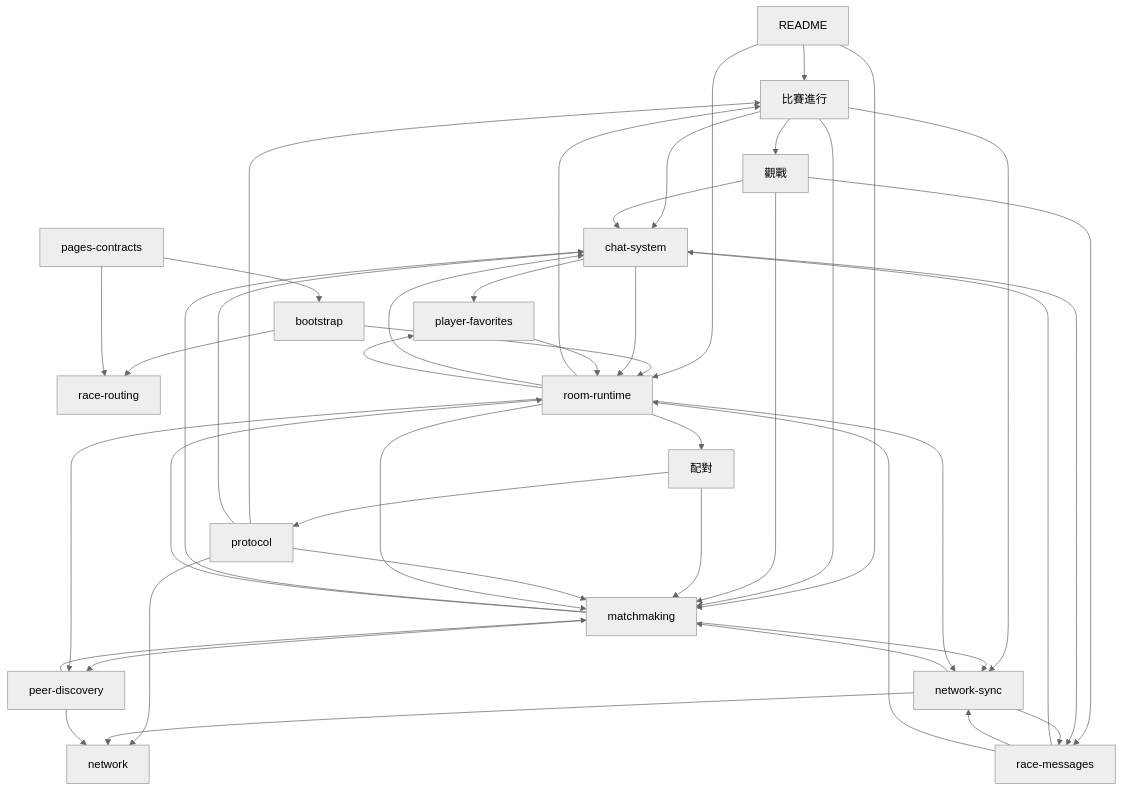
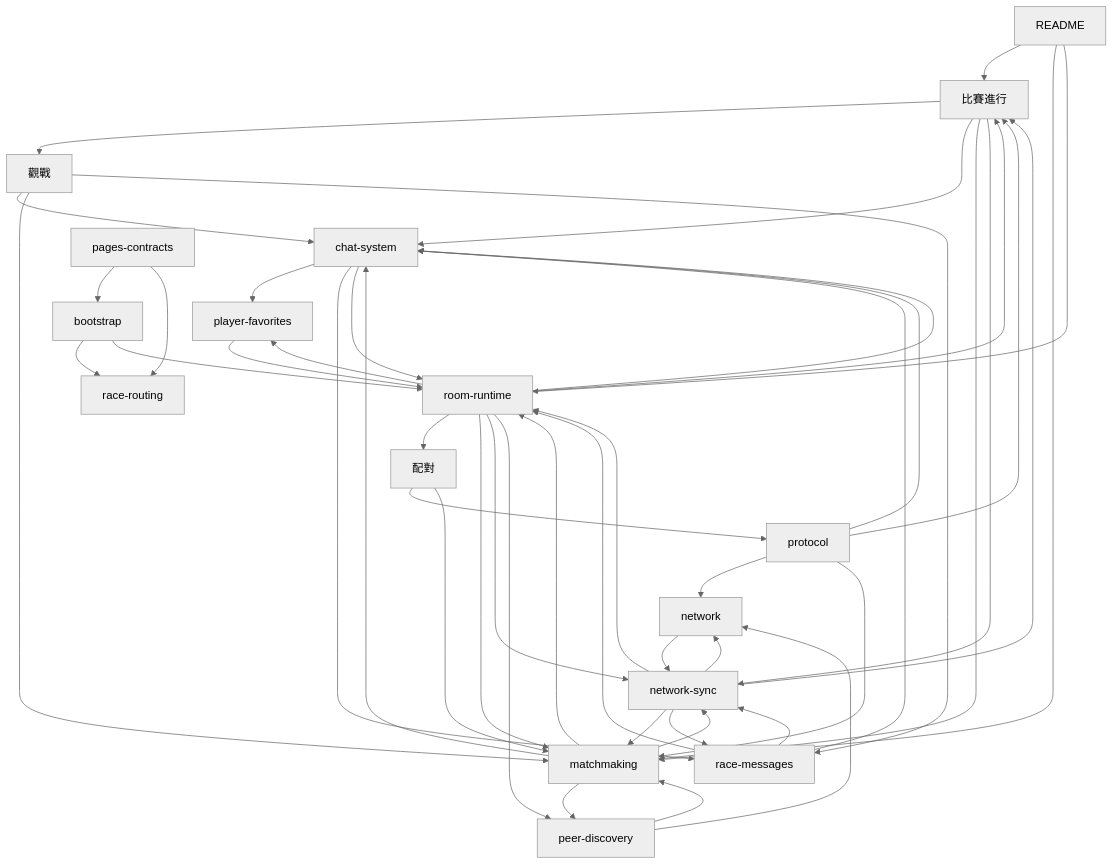
The eighth of 17 diagrams in docs-map.md (xjustloveux/open-4wd-specs), drawn with Mermaid (neutral theme) before and after one commit. The commit also changed other lines of this file and 185 other files, not shown here.

````diff
--- a/docs-map.md
+++ b/docs-map.md
@@ -387,62 +409,65 @@
 ```mermaid
 flowchart TB
   n0["README"]
   n1["比賽進行"]
   n2["觀戰"]
   n3["配對"]
   n4["network"]
   n5["protocol"]
   n6["bootstrap"]
   n7["chat-system"]
   n8["matchmaking"]
   n9["network-sync"]
   n10["pages-contracts"]
   n11["peer-discovery"]
   n12["player-favorites"]
   n13["race-messages"]
   n14["race-routing"]
   n15["room-runtime"]
   n0 --> n1
   n0 --> n8
   n0 --> n15
   n1 --> n2
   n1 --> n7
   n1 --> n8
   n1 --> n9
   n2 --> n7
   n2 --> n8
   n2 --> n13
   n3 --> n5
   n3 --> n8
+  n4 --> n9
   n5 --> n1
   n5 --> n4
   n5 --> n7
   n5 --> n8
   n6 --> n14
   n6 --> n15
   n7 --> n12
   n7 --> n13
   n7 --> n15
   n8 --> n7
   n8 --> n9
   n8 --> n11
   n8 --> n15
+  n9 --> n1
   n9 --> n4
   n9 --> n8
   n9 --> n13
+  n9 --> n15
   n10 --> n6
   n10 --> n14
   n11 --> n4
   n11 --> n8
   n12 --> n15
   n13 --> n7
   n13 --> n9
   n13 --> n15
   n15 --> n1
   n15 --> n3
   n15 --> n7
   n15 --> n8
   n15 --> n9
   n15 --> n11
   n15 --> n12
 ```
````
